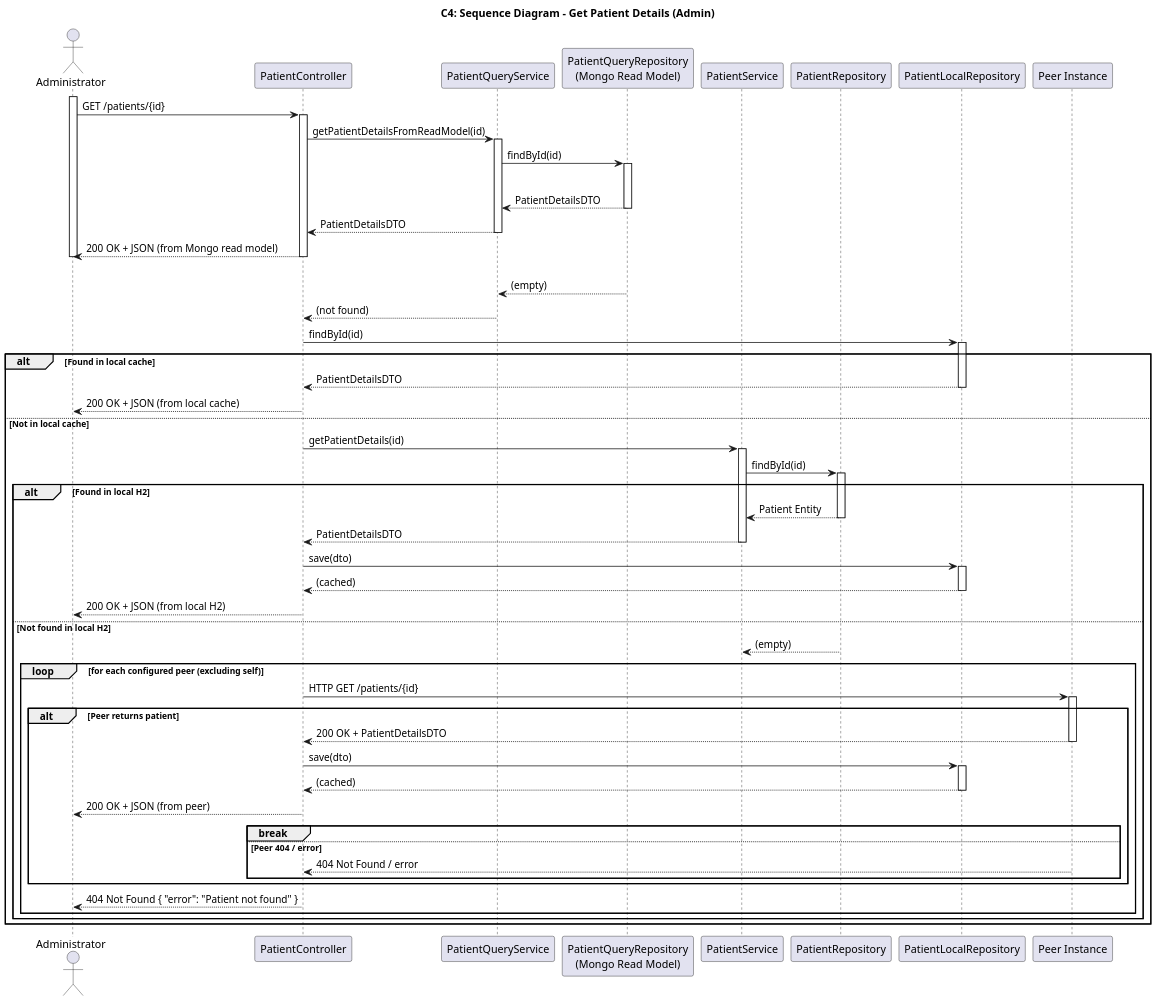
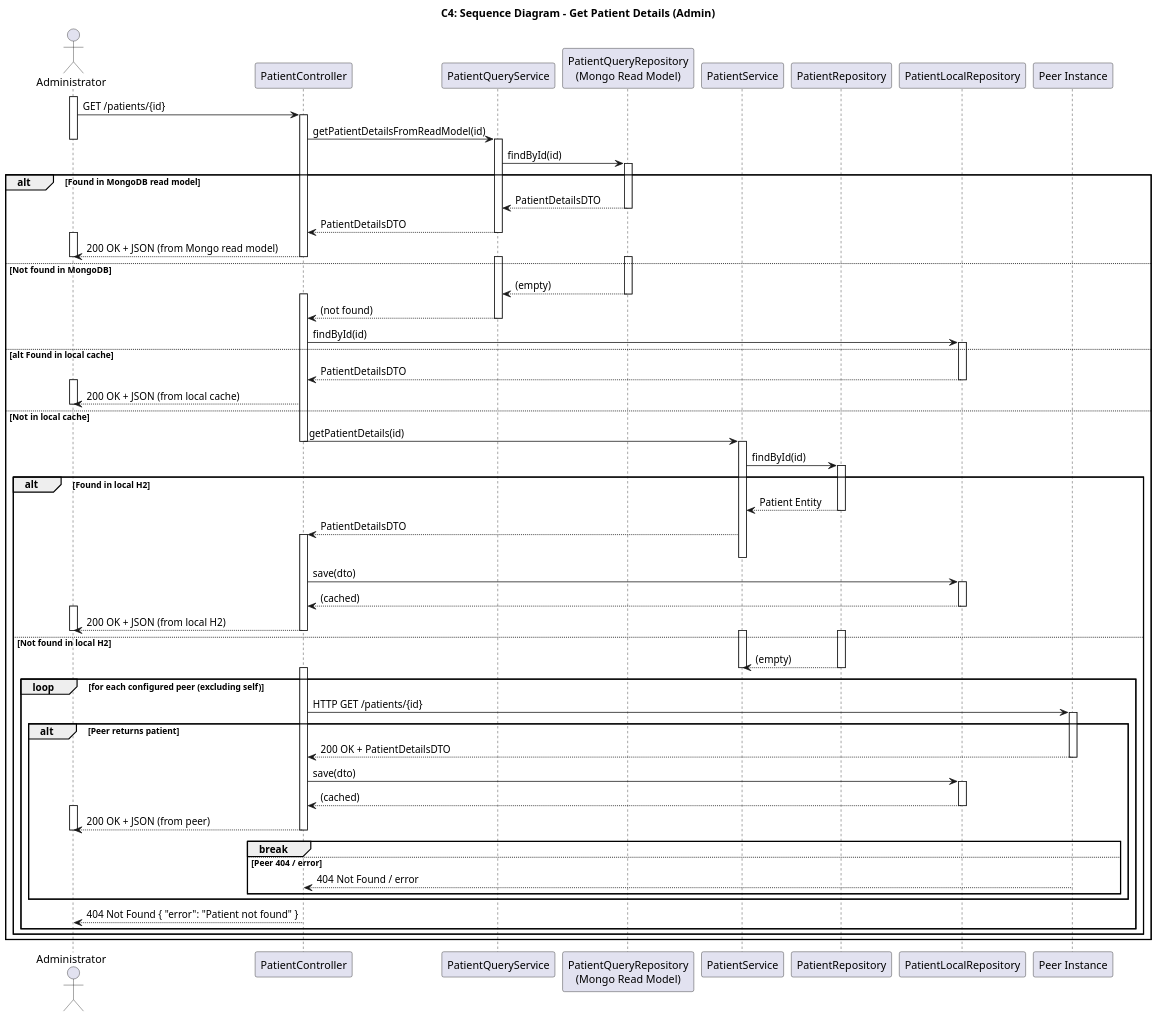
The diagram in DOCS2/C4+1/C4+1-GetPatientDetails-Sequence.puml (pedrods05/LETI_SIDIS_3DA_6), drawn with PlantUML before and after one commit.

Commit message:
Enhance patient details  sequence diagram

```diff
--- a/DOCS2/C4+1/C4+1-GetPatientDetails-Sequence.puml
+++ b/DOCS2/C4+1/C4+1-GetPatientDetails-Sequence.puml
@@ -1,100 +1,116 @@
 @startuml
 ' C4+1 — SD: Get Patient Details (Admin)
 skinparam dpi 150
 skinparam shadowing false
 skinparam DefaultFontName Arial
 
 Title C4: Sequence Diagram - Get Patient Details (Admin)
 
 actor Administrator as Admin
 participant "PatientController" as Controller
 participant "PatientQueryService" as QueryService
 participant "PatientQueryRepository\n(Mongo Read Model)" as MongoRepo
 participant "PatientService" as Service
 participant "PatientRepository" as Repo
 participant "PatientLocalRepository" as LocalCache
 participant "Peer Instance" as Peer
 activate Admin
 Admin -> Controller : GET /patients/{id}
 activate Controller
 
 Controller -> QueryService : getPatientDetailsFromReadModel(id)
+deactivate Admin
+
 activate QueryService
 QueryService -> MongoRepo : findById(id)
 activate MongoRepo
 alt Found in MongoDB read model
     MongoRepo --> QueryService : PatientDetailsDTO
     deactivate MongoRepo
     QueryService --> Controller : PatientDetailsDTO
     deactivate QueryService
+activate Admin
     Controller --> Admin : 200 OK + JSON (from Mongo read model)
     deactivate Controller
     deactivate Admin
 else Not found in MongoDB
+activate MongoRepo
+activate QueryService
     MongoRepo --> QueryService : (empty)
     deactivate MongoRepo
+activate Controller
     QueryService --> Controller : (not found)
     deactivate QueryService
 
     ' 2) Tentar cache local (DTOs previamente obtidos)
     Controller -> LocalCache : findById(id)
     activate LocalCache
-    alt Found in local cache
+  else  alt Found in local cache
         LocalCache --> Controller : PatientDetailsDTO
         deactivate LocalCache
+activate Admin
         Controller --> Admin : 200 OK + JSON (from local cache)
-        deactivate Controller
         deactivate Admin
     else Not in local cache
         deactivate LocalCache
 
         ' 3) Tentar BD relacional local via PatientService
         Controller -> Service : getPatientDetails(id)
+        deactivate Controller
+
         activate Service
+deactivate Controller
+
         Service -> Repo : findById(id)
         activate Repo
         alt Found in local H2
             Repo --> Service : Patient Entity
             deactivate Repo
             Service --> Controller : PatientDetailsDTO
+activate Controller
             deactivate Service
             Controller -> LocalCache : save(dto)
             activate LocalCache
             LocalCache --> Controller : (cached)
             deactivate LocalCache
+activate Admin
             Controller --> Admin : 200 OK + JSON (from local H2)
             deactivate Controller
             deactivate Admin
         else Not found in local H2
+activate Repo
+activate Service
             Repo --> Service : (empty)
             deactivate Repo
             deactivate Service
 
             loop for each configured peer (excluding self)
+activate Controller
                 Controller -> Peer : HTTP GET /patients/{id}
                 activate Peer
                 alt Peer returns patient
                     Peer --> Controller : 200 OK + PatientDetailsDTO
                     deactivate Peer
                     Controller -> LocalCache : save(dto)
                     activate LocalCache
                     LocalCache --> Controller : (cached)
                     deactivate LocalCache
+activate Admin
                     Controller --> Admin : 200 OK + JSON (from peer)
                     deactivate Controller
                     deactivate Admin
                     break
                 else Peer 404 / error
                     Peer --> Controller : 404 Not Found / error
                     deactivate Peer
                 end
             end
-
+activate Admin
             Controller --> Admin : 404 Not Found { "error": "Patient not found" }
             deactivate Controller
             deactivate Admin
         end
     end
 end
 
 @enduml
```
